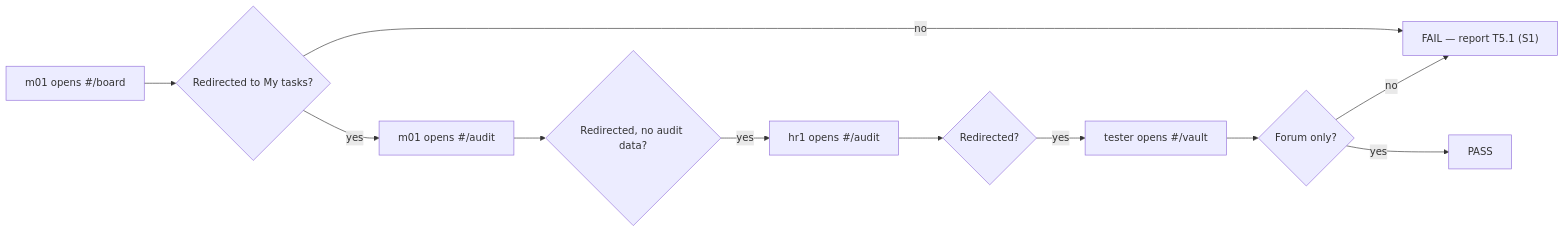
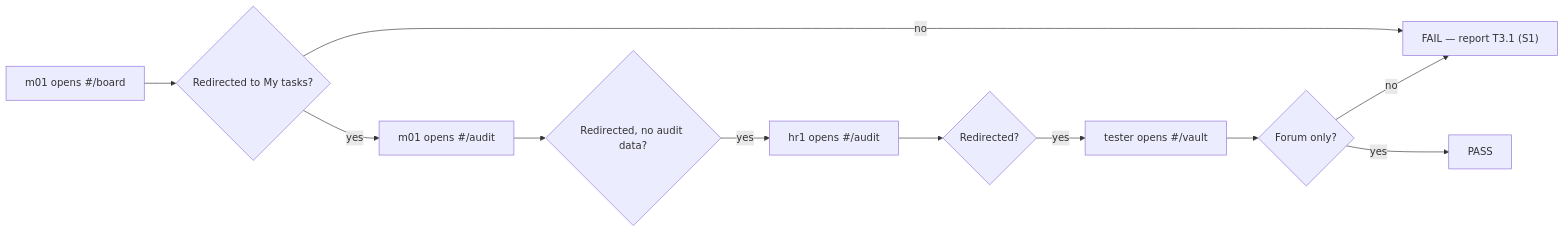
Before and after one commit to DeepxD-code/LeadDesk: diagram 20 of 25 in docs/TESTER_GUIDE.md, drawn with Mermaid. The commit also changed other lines of this file and 8 other files, not shown here.

````diff
--- a/docs/TESTER_GUIDE.md
+++ b/docs/TESTER_GUIDE.md
@@ -774,13 +774,13 @@
 ```mermaid
 flowchart LR
   A["m01 opens #/board"] --> B{"Redirected to My tasks?"}
-  B -->|no| X["FAIL — report T5.1 (S1)"]
+  B -->|no| X["FAIL — report T3.1 (S1)"]
   B -->|yes| C["m01 opens #/audit"]
   C --> D{"Redirected, no audit data?"}
   D -->|yes| E["hr1 opens #/audit"]
   E --> F{"Redirected?"}
   F -->|yes| G["tester opens #/vault"]
   G --> H{"Forum only?"}
   H -->|yes| P[PASS]
   H -->|no| X
 ```
````
